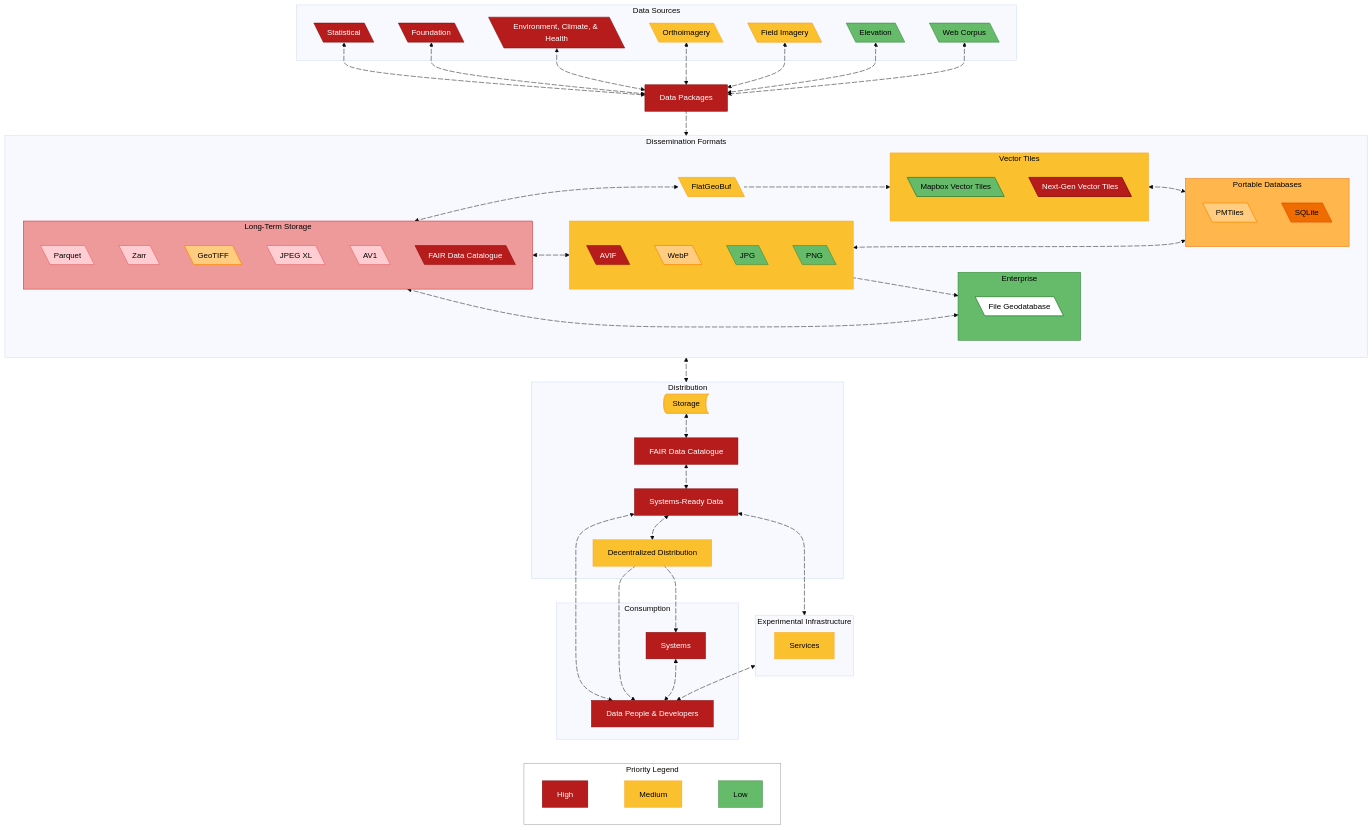
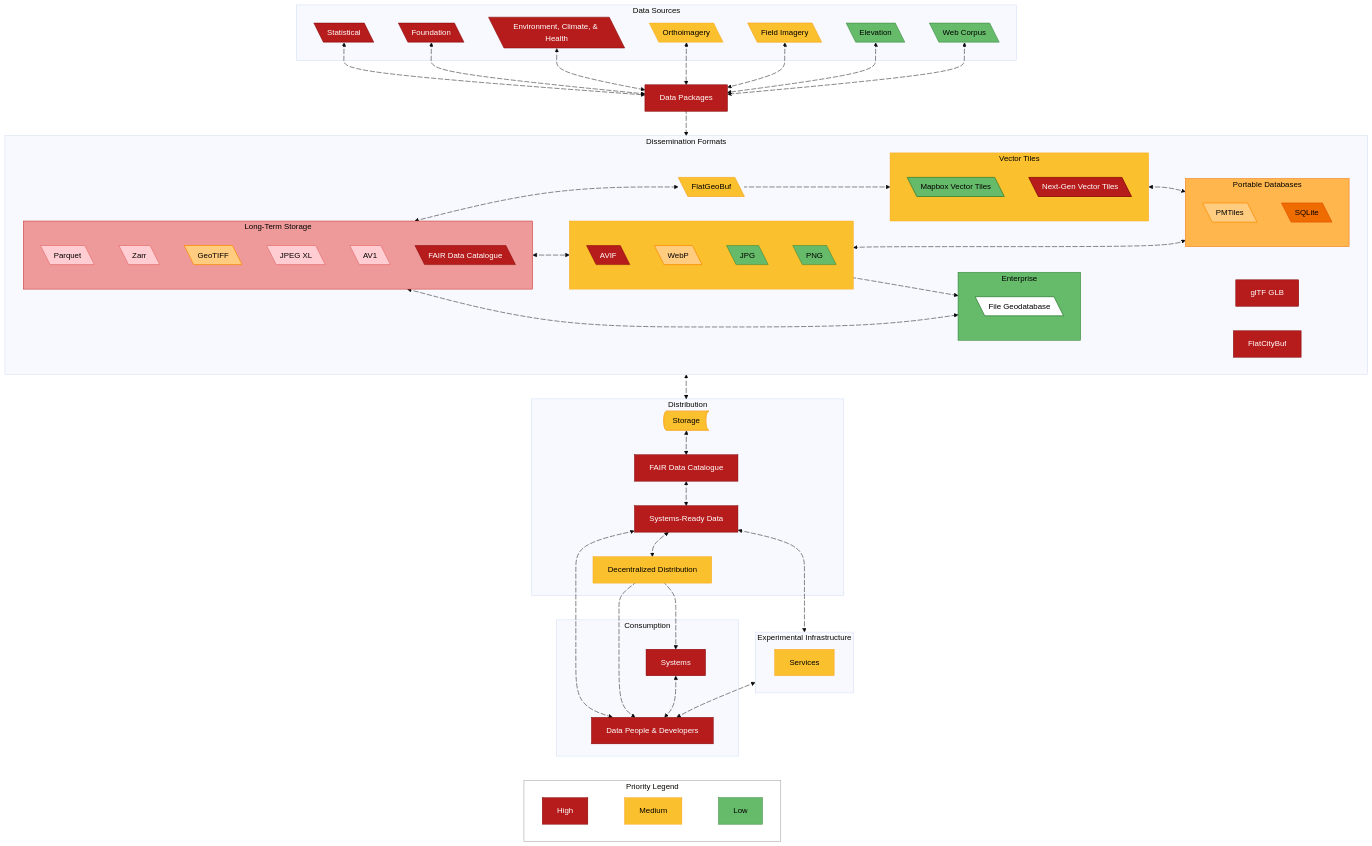
The diagram in high-level-overview-homepage.mermaid (dataforcanada/www.dataforcanada.org), drawn with Mermaid (base theme) before and after one commit. The commit also changed 1 other file, not shown here.

```diff
--- a/high-level-overview-homepage.mermaid
+++ b/high-level-overview-homepage.mermaid
@@ -18,6 +18,10 @@
     DataPkgs@{ shape: rect, label: "Data Packages"}
 
     subgraph df [Dissemination Formats]
+    %% TODO: 3D Tiles. Need to take a closer look at this file format, I am not experienced with it
+    GLB@{ shape: rect, label: "glTF GLB"}
+    FlatCityBuf@{ shape: rect}
+    
         subgraph sot [Long-Term Storage]
             Parquet@{ shape: lean-l}
             Zarr@{ shape: lean-l}
@@ -69,6 +73,7 @@
         DataSci@{ shape: rect, label: "Data People & Developers"}
         Systems@{ shape: rect, label: "Systems"}
     end
+
 
     Statistical e1@<--> DataPkgs
     e1@{animate: true, animation: slow}
@@ -157,6 +162,9 @@
     style Services fill:#FBC02D,stroke:#F9A825,color:#000000
     style ObjStorage fill:#FBC02D,stroke:#F9A825,color:#000000
 
+    style GLB fill:#B71C1C,stroke:#7F0000,color:#FFFFFF
+    style FlatCityBuf fill:#B71C1C,stroke:#7F0000,color:#FFFFFF
+
     style DataPkgs fill:#B71C1C,stroke:#7F0000,color:#FFFFFF
     style FAIRCat fill:#B71C1C,stroke:#7F0000,color:#FFFFFF
     %% I'm not as concerned about distribution of data. I have made some progress on smart nodes so that's going to be a YUGE release
@@ -205,6 +213,7 @@
     click FileGDB "https://gdal.org/en/stable/drivers/vector/openfilegdb.html" _blank
     click VectorTiles "https://github.com/mapbox/vector-tile-spec/" _blank
     click NextGenVT "https://github.com/maplibre/maplibre-tile-spec/" _blank
+    click GLB "https://registry.khronos.org/glTF/specs/2.0/glTF-2.0.html#glb-file-format-specification"
     click GeoTIFF "https://cogeo.org/" _blank
     click Zarr "https://github.com/zarr-developers/geozarr-spec/" _blank
     click WebP "https://developers.google.com/speed/webp/" _blank
```
